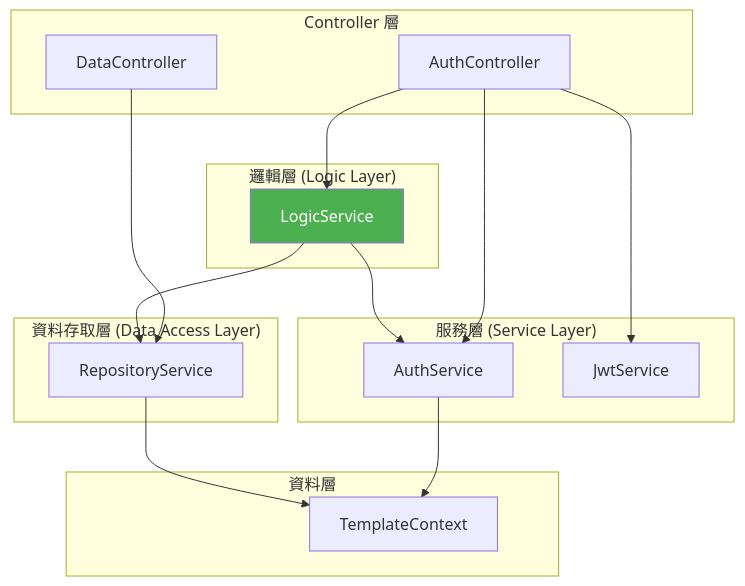
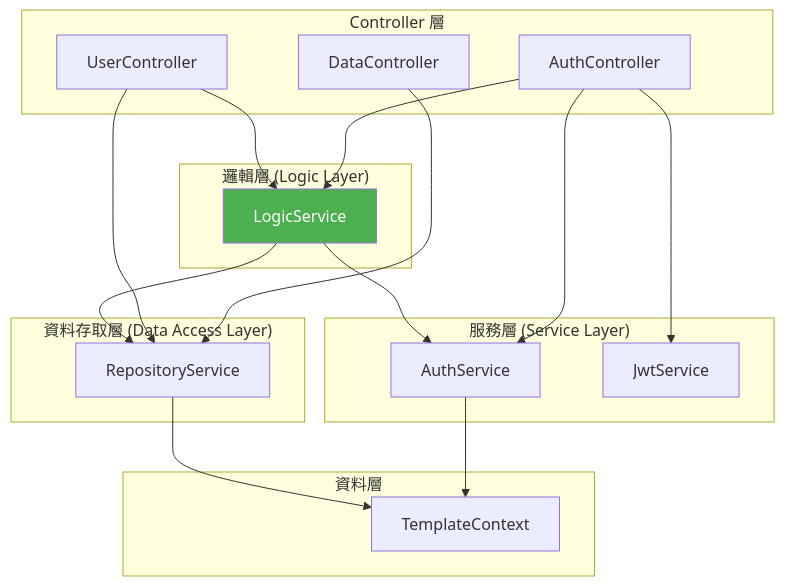
One commit to OliverLiou/DotNet-Api-Template changed the diagram in README.md. Above: the diagram before and after it, drawn with Mermaid. The commit also changed other lines of this file and 7 other files, not shown here.

````diff
--- a/README.md
+++ b/README.md
@@ -107,35 +113,38 @@
 ```mermaid
 graph TD
     subgraph "Controller 層"
         AC["AuthController"]
         DC["DataController"]
+        UC["UserController"]
     end
 
     subgraph "邏輯層 (Logic Layer)"
         LS["LogicService"]
     end
 
     subgraph "服務層 (Service Layer)"
         AS["AuthService"]
         JS["JwtService"]
     end
 
     subgraph "資料存取層 (Data Access Layer)"
         RS["RepositoryService<T, TLog>"]
     end
 
     subgraph "資料層"
         TC["TemplateContext"]
     end
 
     AC --> LS
     AC --> AS
     AC --> JS
     DC --> RS
+    UC --> LS
+    UC --> RS
     LS --> AS
     LS --> RS
     AS --> TC
     RS --> TC
 
     style LS fill:#4CAF50,color:#fff
 ```
````
